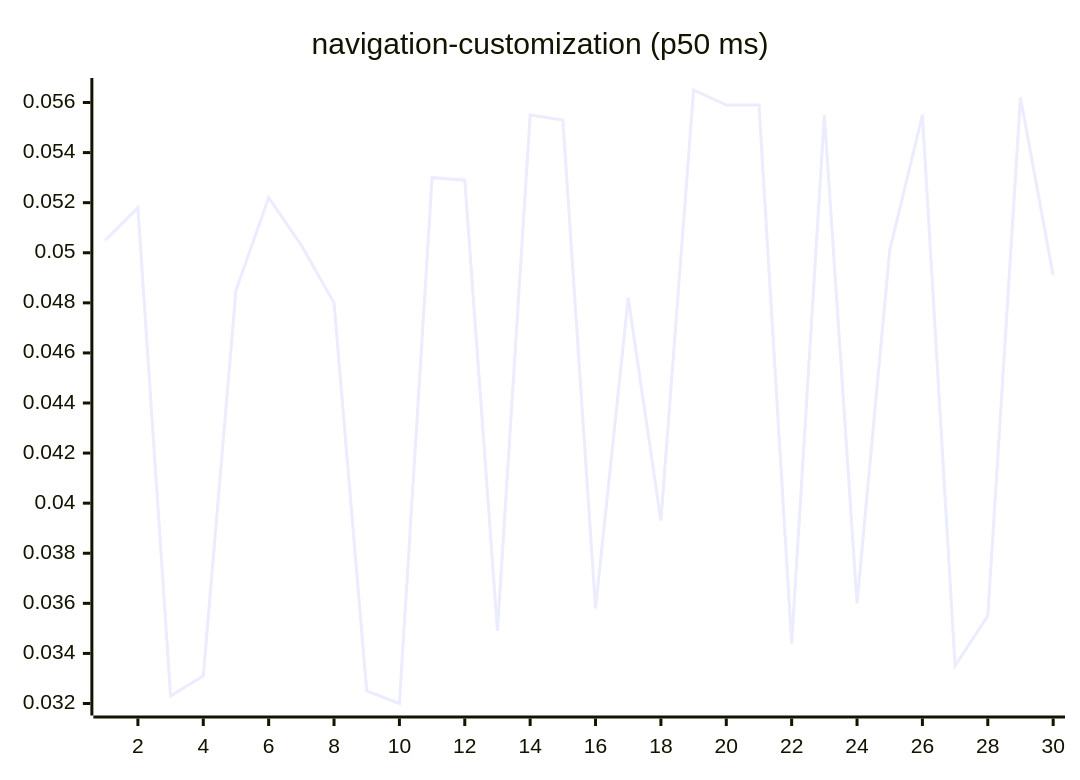
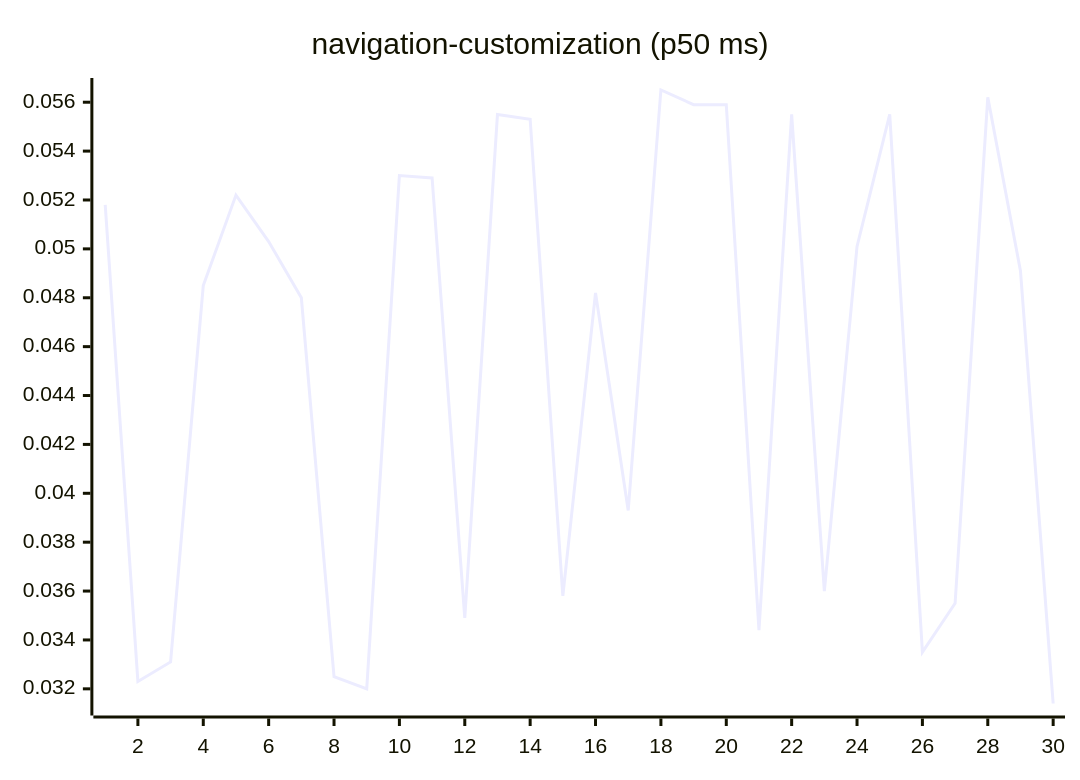
One commit to josha/Facet changed diagram 15 of 27 in README.md. Above: the diagram before and after it, drawn with Mermaid. The commit also changed other lines of this file and 2 other files, not shown here.

````diff
--- a/README.md
+++ b/README.md
@@ -161,6 +161,6 @@
 ```mermaid
 xychart-beta
     title "navigation-customization (p50 ms)"
     x-axis 1 --> 30
-    line [0.0505, 0.0518, 0.0323, 0.0331, 0.0485, 0.0522, 0.0503, 0.0480, 0.0325, 0.0320, 0.0530, 0.0529, 0.0349, 0.0555, 0.0553, 0.0358, 0.0482, 0.0393, 0.0565, 0.0559, 0.0559, 0.0344, 0.0555, 0.0360, 0.0501, 0.0555, 0.0335, 0.0355, 0.0562, 0.0491]
+    line [0.0518, 0.0323, 0.0331, 0.0485, 0.0522, 0.0503, 0.0480, 0.0325, 0.0320, 0.0530, 0.0529, 0.0349, 0.0555, 0.0553, 0.0358, 0.0482, 0.0393, 0.0565, 0.0559, 0.0559, 0.0344, 0.0555, 0.0360, 0.0501, 0.0555, 0.0335, 0.0355, 0.0562, 0.0491, 0.0314]
 ```
````
